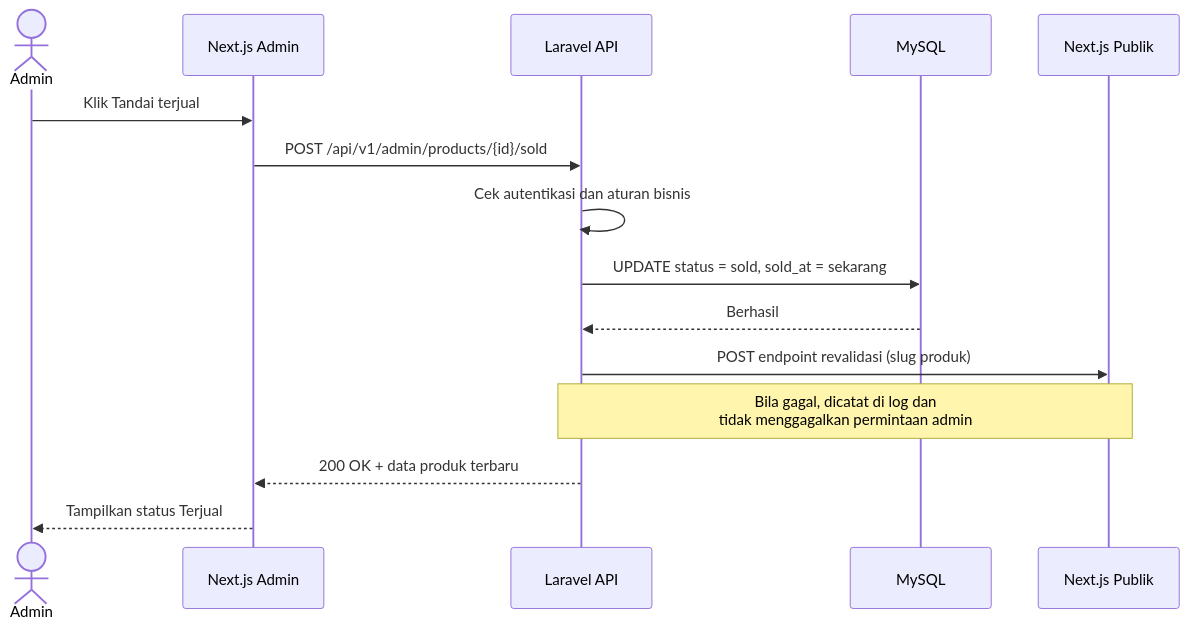
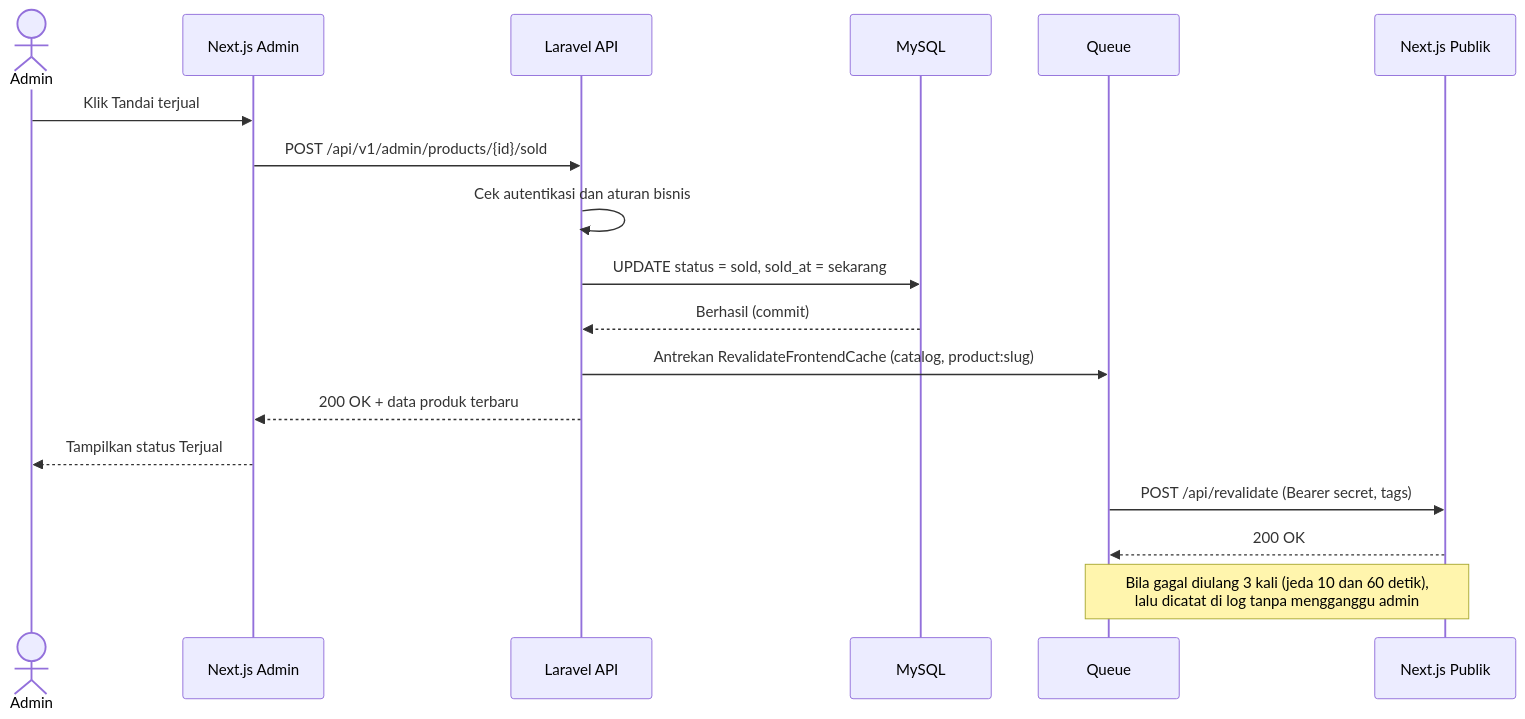
The sixth of 9 diagrams in docs/userflow.md (hilptra/pakelagi-api), drawn with Mermaid before and after one commit. The commit also changed other lines of this file and 2 other files, not shown here.

````diff
--- a/docs/userflow.md
+++ b/docs/userflow.md
@@ -133,18 +159,21 @@
 ```mermaid
 sequenceDiagram
     actor Admin
     participant FE as Next.js Admin
     participant API as Laravel API
     participant DB as MySQL
+    participant Q as Queue
     participant Web as Next.js Publik
 
     Admin->>FE: Klik Tandai terjual
     FE->>API: POST /api/v1/admin/products/{id}/sold
     API->>API: Cek autentikasi dan aturan bisnis
     API->>DB: UPDATE status = sold, sold_at = sekarang
-    DB-->>API: Berhasil
-    API->>Web: POST endpoint revalidasi (slug produk)
-    Note over API,Web: Bila gagal, dicatat di log dan<br/>tidak menggagalkan permintaan admin
+    DB-->>API: Berhasil (commit)
+    API->>Q: Antrekan RevalidateFrontendCache (catalog, product:slug)
     API-->>FE: 200 OK + data produk terbaru
     FE-->>Admin: Tampilkan status Terjual
+    Q->>Web: POST /api/revalidate (Bearer secret, tags)
+    Web-->>Q: 200 OK
+    Note over Q,Web: Bila gagal diulang 3 kali (jeda 10 dan 60 detik),<br/>lalu dicatat di log tanpa mengganggu admin
 ```
````
